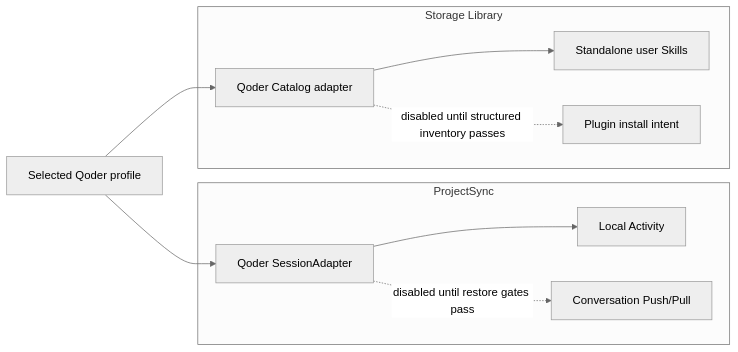
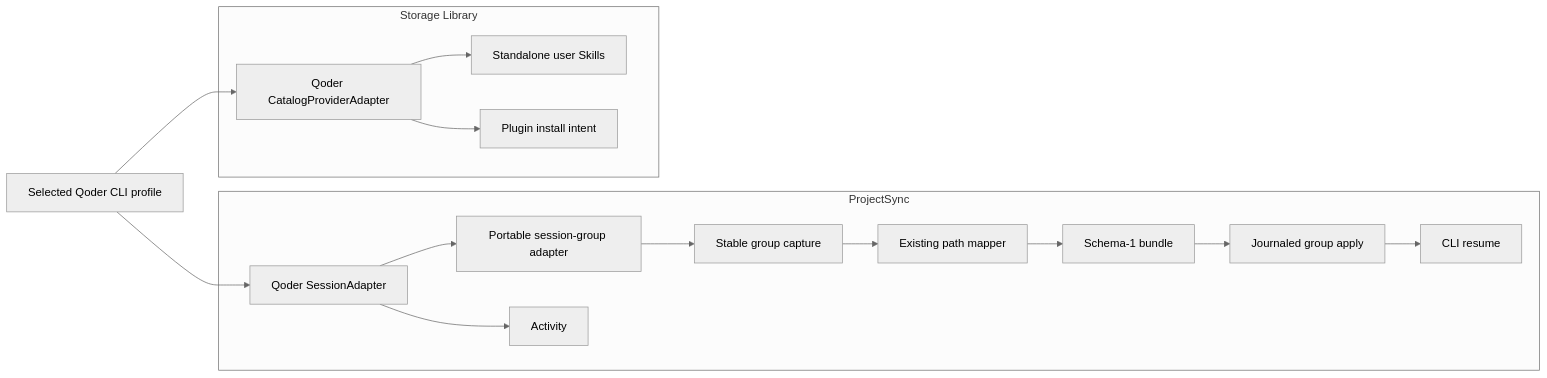
The diagram in docs/DESIGN_QODER_SUPPORT.md (Git4Agent/mallard-app), drawn with Mermaid (neutral theme) before and after one commit. The commit also changed other lines of this file and 9 other files, not shown here.

````diff
--- a/docs/DESIGN_QODER_SUPPORT.md
+++ b/docs/DESIGN_QODER_SUPPORT.md
@@ -234,21 +299,26 @@
 ```mermaid
 flowchart LR
-    QH["Selected Qoder profile"]
+    QP["Selected Qoder CLI profile"]
 
     subgraph PS["ProjectSync"]
         QA["Qoder SessionAdapter"]
-        ACT["Local Activity"]
-        SYNC["Conversation Push/Pull"]
+        QG["Portable session-group adapter"]
+        PM["Existing path mapper"]
+        AC["Activity"]
+        CP["Stable group capture"]
+        PB["Schema-1 bundle"]
+        MA["Journaled group apply"]
+        RS["CLI resume"]
     end
 
     subgraph SC["Storage Library"]
-        QC["Qoder Catalog adapter"]
+        CA["Qoder CatalogProviderAdapter"]
         SK["Standalone user Skills"]
-        PL["Plugin install intent"]
+        PI["Plugin install intent"]
     end
 
-    QH --> QA --> ACT
-    QA -. "disabled until restore gates pass" .-> SYNC
-    QH --> QC --> SK
-    QC -. "disabled until structured inventory passes" .-> PL
+    QP --> QA --> AC
+    QA --> QG --> CP --> PM --> PB --> MA --> RS
+    QP --> CA --> SK
+    CA --> PI
 ```
````
